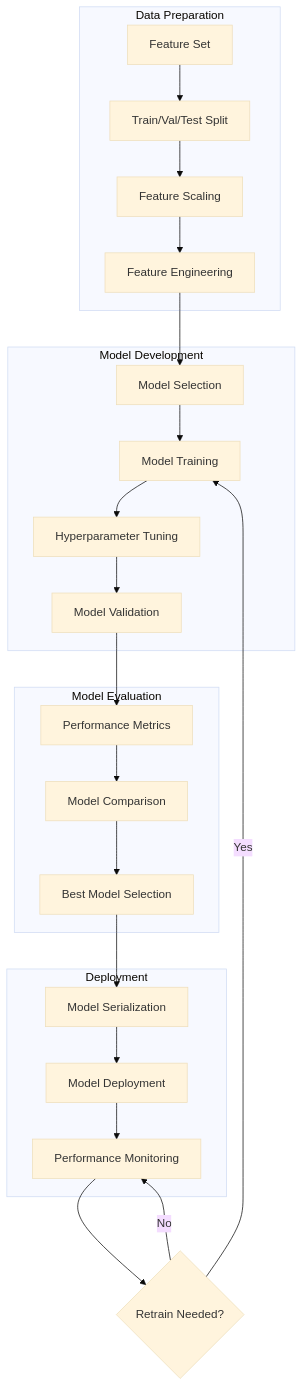
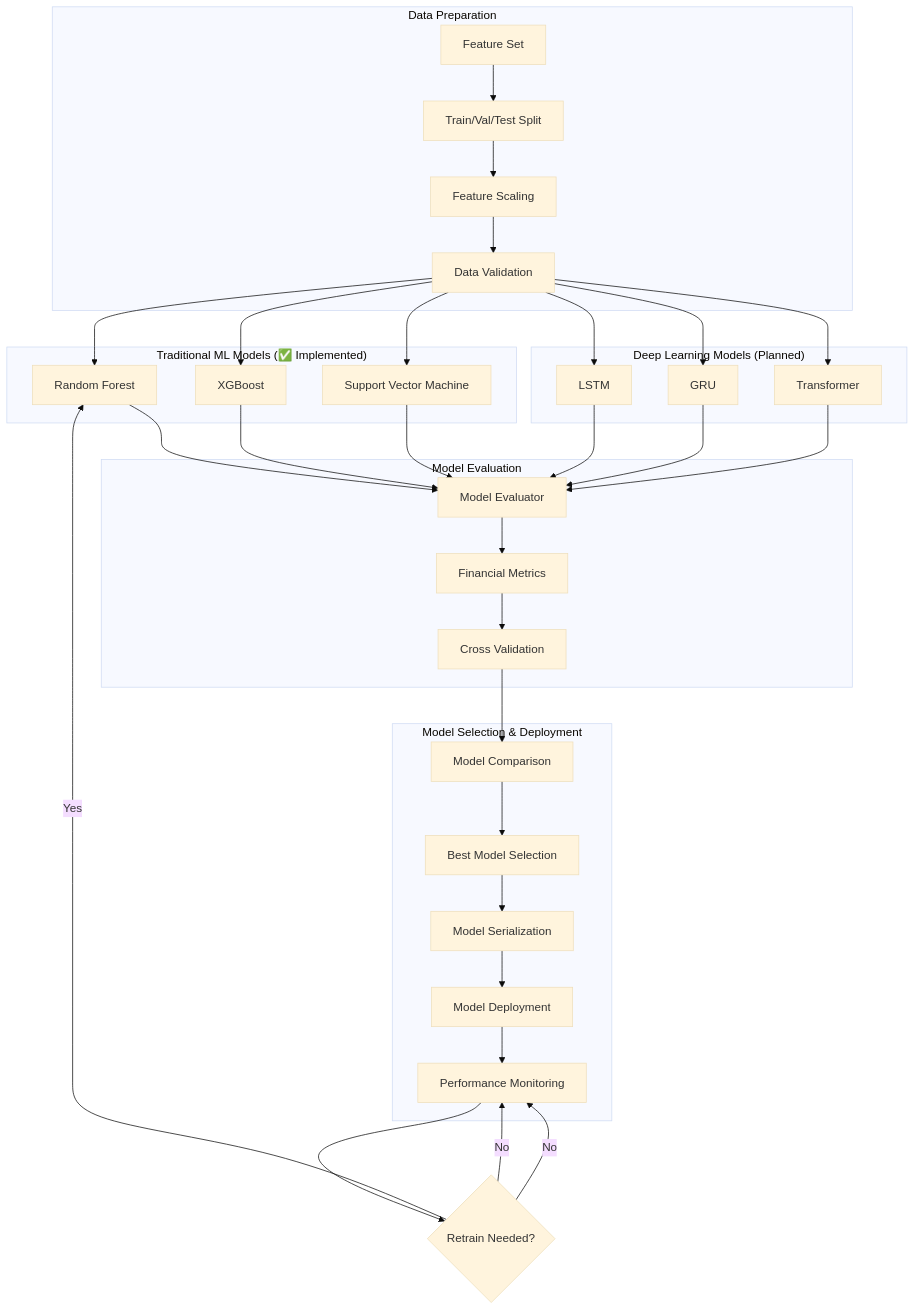
One commit to yf591/quant-analytics-tool changed diagram 20 of 26 in Architecture_&_Visual_Reference.md. Above: the diagram before and after it, drawn with Mermaid (base theme). The commit also changed other lines of this file and 1 other file, not shown here.

First line of the commit message:
Update documentation: Reflect Week 8 Deep Learning Models completion

````diff
--- a/Architecture_&_Visual_Reference.md
+++ b/Architecture_&_Visual_Reference.md
@@ -834,31 +839,45 @@
 ```mermaid
 graph TB
     subgraph "Data Preparation"
         FEATURES[Feature Set] --> SPLIT[Train/Val/Test Split]
         SPLIT --> SCALE[Feature Scaling]
-        SCALE --> ENGINEER[Feature Engineering]
+        SCALE --> VALIDATION[Data Validation]
     end
     
-    subgraph "Model Development"
-        ENGINEER --> SELECT[Model Selection]
-        SELECT --> TRAIN[Model Training]
-        TRAIN --> TUNE[Hyperparameter Tuning]
-        TUNE --> VALIDATE[Model Validation]
+    subgraph "Traditional ML Models (✅ Implemented)"
+        VALIDATION --> RF[Random Forest]
+        VALIDATION --> XGB[XGBoost]
+        VALIDATION --> SVM[Support Vector Machine]
+    end
+    
+    subgraph "Deep Learning Models (Planned)"
+        VALIDATION --> LSTM[LSTM]
+        VALIDATION --> GRU[GRU]
+        VALIDATION --> TRANSFORMER[Transformer]
     end
     
     subgraph "Model Evaluation"
-        VALIDATE --> METRICS[Performance Metrics]
-        METRICS --> COMPARE[Model Comparison]
-        COMPARE --> BEST[Best Model Selection]
+        RF --> EVAL[Model Evaluator]
+        XGB --> EVAL
+        SVM --> EVAL
+        LSTM --> EVAL
+        GRU --> EVAL
+        TRANSFORMER --> EVAL
+        
+        EVAL --> FINANCIAL_METRICS[Financial Metrics]
+        FINANCIAL_METRICS --> CROSS_VAL[Cross Validation]
     end
     
-    subgraph "Deployment"
+    subgraph "Model Selection & Deployment"
+        CROSS_VAL --> COMPARE[Model Comparison]
+        COMPARE --> BEST[Best Model Selection]
         BEST --> SERIALIZE[Model Serialization]
         SERIALIZE --> DEPLOY[Model Deployment]
         DEPLOY --> MONITOR[Performance Monitoring]
     end
     
     MONITOR --> RETRAIN{Retrain Needed?}
-    RETRAIN -->|Yes| TRAIN
+    RETRAIN -->|Yes| RF
+    RETRAIN -->|No| MONITOR
     RETRAIN -->|No| MONITOR
 ```
````
